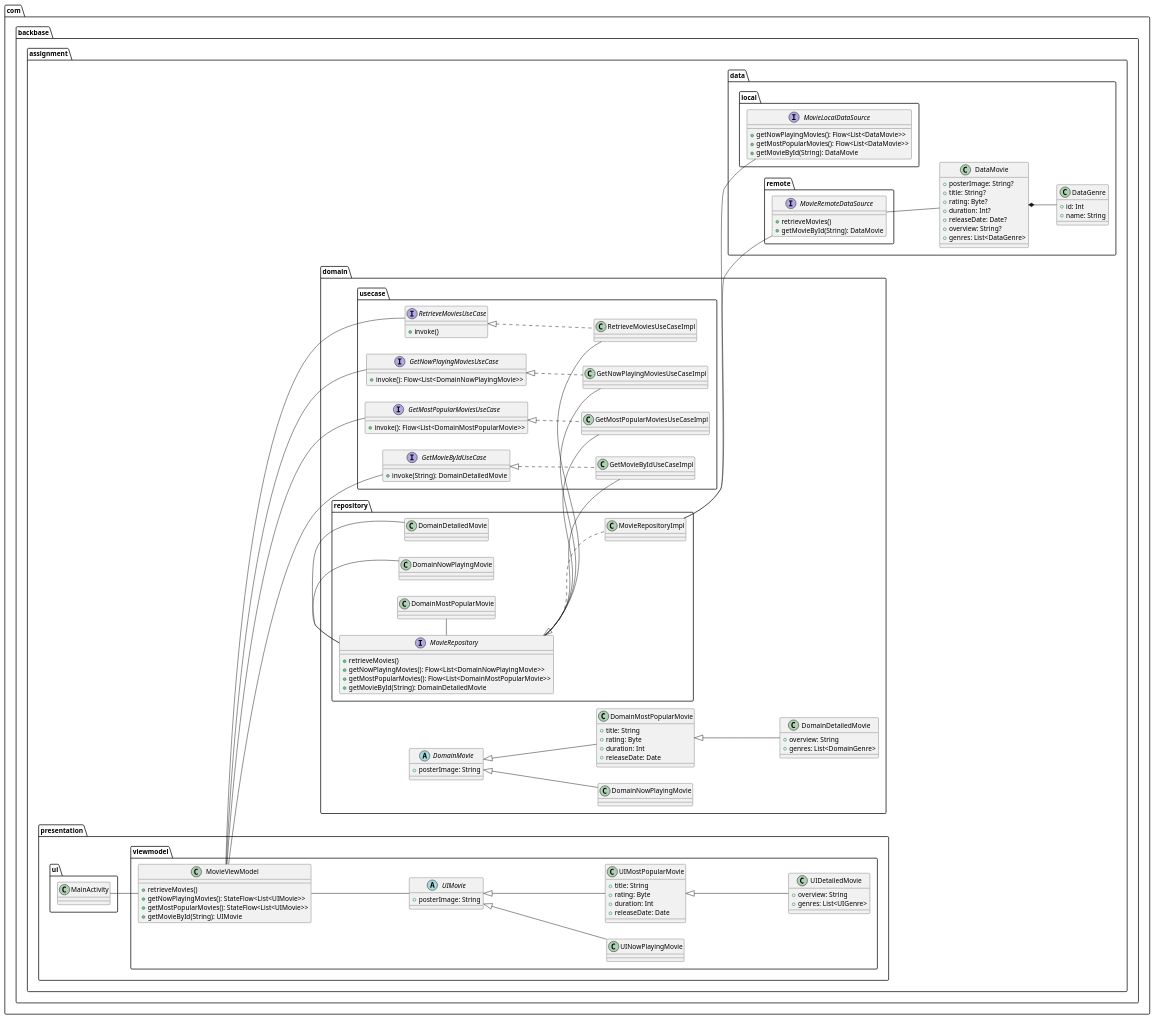
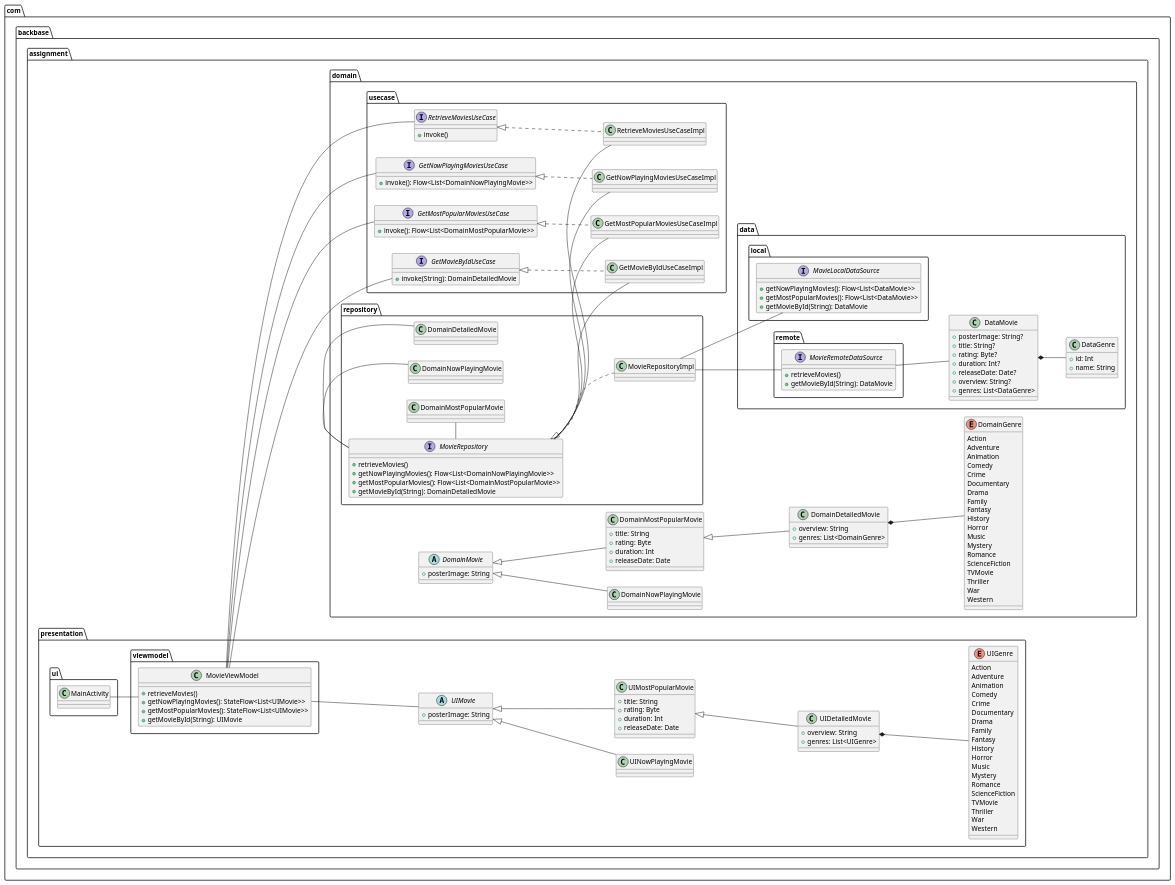
One commit to jesus-medina/MovieApp changed the diagram in android/app/src/main/java/com/backbase/assignment/_app_architecture.puml. Above: the diagram before and after it, drawn with PlantUML. The commit also changed 2 other files, not shown here.

Commit message:
Genre enum included in the architecture

```diff
--- a/android/app/src/main/java/com/backbase/assignment/_app_architecture.puml
+++ b/android/app/src/main/java/com/backbase/assignment/_app_architecture.puml
@@ -21,6 +21,8 @@
 + getMovieById(String): UIMovie
 }
 
+}
+
 abstract class UIMovie {
 + posterImage: String
 }
@@ -39,7 +41,29 @@
 + genres: List<UIGenre>
 }
 
+enum UIGenre {
+Action
+Adventure
+Animation
+Comedy
+Crime
+Documentary
+Drama
+Family
+Fantasy
+History
+Horror
+Music
+Mystery
+Romance
+ScienceFiction
+TVMovie
+Thriller
+War
+Western
 }
+
+UIDetailedMovie *-- UIGenre
 
 MainActivity -- MovieViewModel
 MovieViewModel -- UIMovie
@@ -121,7 +145,29 @@
 + genres: List<DomainGenre>
 }
 
+enum DomainGenre {
+Action
+Adventure
+Animation
+Comedy
+Crime
+Documentary
+Drama
+Family
+Fantasy
+History
+Horror
+Music
+Mystery
+Romance
+ScienceFiction
+TVMovie
+Thriller
+War
+Western
 }
+
+DomainDetailedMovie *-- DomainGenre
 
 package data {
 
```
